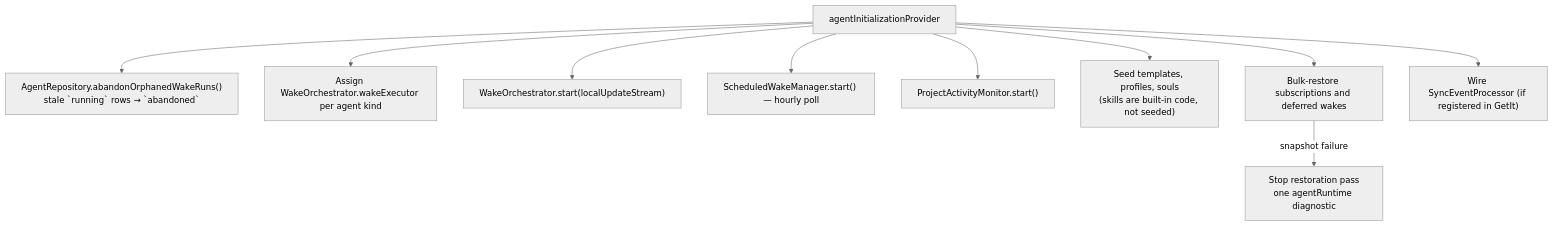
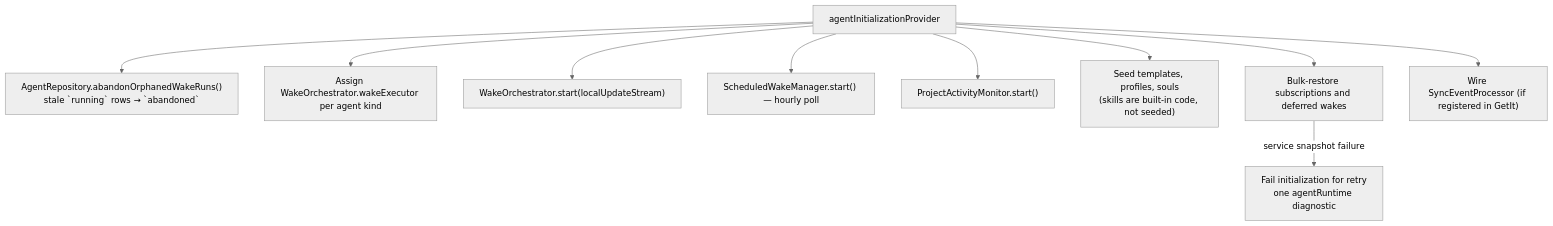
One commit to matthiasn/lotti changed the second of 2 diagrams in knowledge/features/agents/overview.md. Above: the diagram before and after it, drawn with Mermaid (neutral theme). The commit also changed other lines of this file and 6 other files, not shown here.

Commit message:
fix: keep agent restoration retryable

````diff
--- a/knowledge/features/agents/overview.md
+++ b/knowledge/features/agents/overview.md
@@ -84,13 +84,13 @@
 ```mermaid
 flowchart TD
   Init["agentInitializationProvider"]
   Init --> Abandon["AgentRepository.abandonOrphanedWakeRuns()<br/>stale `running` rows → `abandoned`"]
   Init --> Wire["Assign WakeOrchestrator.wakeExecutor per agent kind"]
   Init --> Start["WakeOrchestrator.start(localUpdateStream)"]
   Init --> Sched["ScheduledWakeManager.start() — hourly poll"]
   Init --> Activity["ProjectActivityMonitor.start()"]
   Init --> Seed["Seed templates, profiles, souls<br/>(skills are built-in code, not seeded)"]
   Init --> Restore["Bulk-restore subscriptions and deferred wakes"]
-  Restore -->|snapshot failure| Abort["Stop restoration pass<br/>one agentRuntime diagnostic"]
+  Restore -->|service snapshot failure| Abort["Fail initialization for retry<br/>one agentRuntime diagnostic"]
   Init --> Sync["Wire SyncEventProcessor (if registered in GetIt)"]
 ```
````
